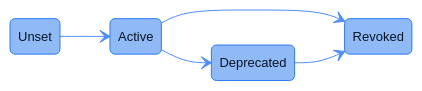
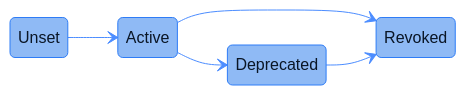
One commit to FhenixProtocol/fhenix-developer-docs changed the diagram in deep-dive/cofhe-components/commitment-registry.mdx. Above: the diagram before and after it, drawn with Mermaid. The commit also changed other lines of this file and 9 other files, not shown here.

Commit message:
[DOCS] deep-dive: sweep fixes (links, cross-page consistency, tone, table guards) and readable diagram sizing

````diff
--- a/deep-dive/cofhe-components/commitment-registry.mdx
+++ b/deep-dive/cofhe-components/commitment-registry.mdx
@@ -34,9 +34,9 @@
 ```mermaid
-%%{init: {"theme": "base", "themeVariables": {"fontFamily": "Menlo, Monaco, Consolas, monospace", "fontSize": "13px", "primaryColor": "#8FBAF5", "primaryBorderColor": "#2E7CF6", "primaryTextColor": "#0A1626", "lineColor": "#4C8DFF", "signalColor": "#4C8DFF", "signalTextColor": "#8FA3BF", "actorBkg": "#8FBAF5", "actorBorder": "#2E7CF6", "actorTextColor": "#0A1626", "actorLineColor": "#3D4654", "noteBkgColor": "#14171C", "noteBorderColor": "#3D4654", "noteTextColor": "#AFC3DE", "activationBkgColor": "#1E3A5F", "activationBorderColor": "#4C8DFF", "clusterBkg": "#14171C", "clusterBorder": "#3D4654", "titleColor": "#E7EAEE", "edgeLabelBackground": "#8FBAF5", "textColor": "#AFC3DE", "labelTextColor": "#E7EAEE", "tertiaryColor": "#14171C", "loopTextColor": "#AFC3DE", "labelBoxBkgColor": "#1E3A5F", "labelBoxBorderColor": "#4C8DFF"}, "sequence": {"actorFontFamily": "Menlo, Monaco, Consolas, monospace", "messageFontFamily": "Menlo, Monaco, Consolas, monospace", "noteFontFamily": "Menlo, Monaco, Consolas, monospace", "width": 220}}}%%
+%%{init: {"theme": "base", "themeVariables": {"fontFamily": "Menlo, Monaco, Consolas, monospace", "fontSize": "16px", "primaryColor": "#8FBAF5", "primaryBorderColor": "#2E7CF6", "primaryTextColor": "#0A1626", "lineColor": "#4C8DFF", "signalColor": "#4C8DFF", "signalTextColor": "#8FA3BF", "actorBkg": "#8FBAF5", "actorBorder": "#2E7CF6", "actorTextColor": "#0A1626", "actorLineColor": "#3D4654", "noteBkgColor": "#14171C", "noteBorderColor": "#3D4654", "noteTextColor": "#AFC3DE", "activationBkgColor": "#1E3A5F", "activationBorderColor": "#4C8DFF", "clusterBkg": "#14171C", "clusterBorder": "#3D4654", "titleColor": "#E7EAEE", "edgeLabelBackground": "#8FBAF5", "textColor": "#AFC3DE", "labelTextColor": "#E7EAEE", "tertiaryColor": "#14171C", "loopTextColor": "#AFC3DE", "labelBoxBkgColor": "#1E3A5F", "labelBoxBorderColor": "#4C8DFF"}, "sequence": {"actorFontFamily": "Menlo, Monaco, Consolas, monospace", "messageFontFamily": "Menlo, Monaco, Consolas, monospace", "noteFontFamily": "Menlo, Monaco, Consolas, monospace", "width": 220, "actorFontSize": 16, "messageFontSize": 16, "noteFontSize": 15}}}%%
 stateDiagram-v2
     direction LR
     Unset --> Active
     Active --> Deprecated
     Active --> Revoked
     Deprecated --> Revoked
 ```
````
